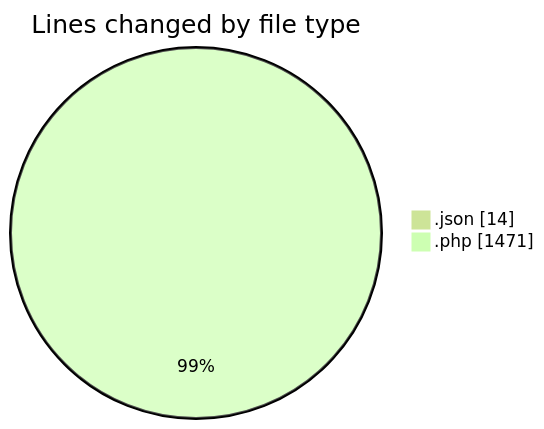
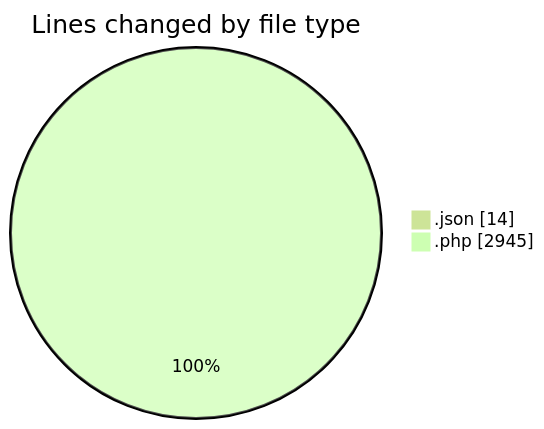
The first of 2 diagrams in 2025-11-20/untitled__workspace_/README.md (debugP/code-tracking), drawn with Mermaid (forest theme) before and after one commit. The commit also changed other lines of this file and 1 other file, not shown here.

````diff
--- a/2025-11-20/untitled__workspace_/README.md
+++ b/2025-11-20/untitled__workspace_/README.md
@@ -21,6 +21,6 @@
 ```mermaid
 pie showData
 title Lines changed by file type
 ".json" : 14
-".php" : 1471
+".php" : 2945
 ```
````
